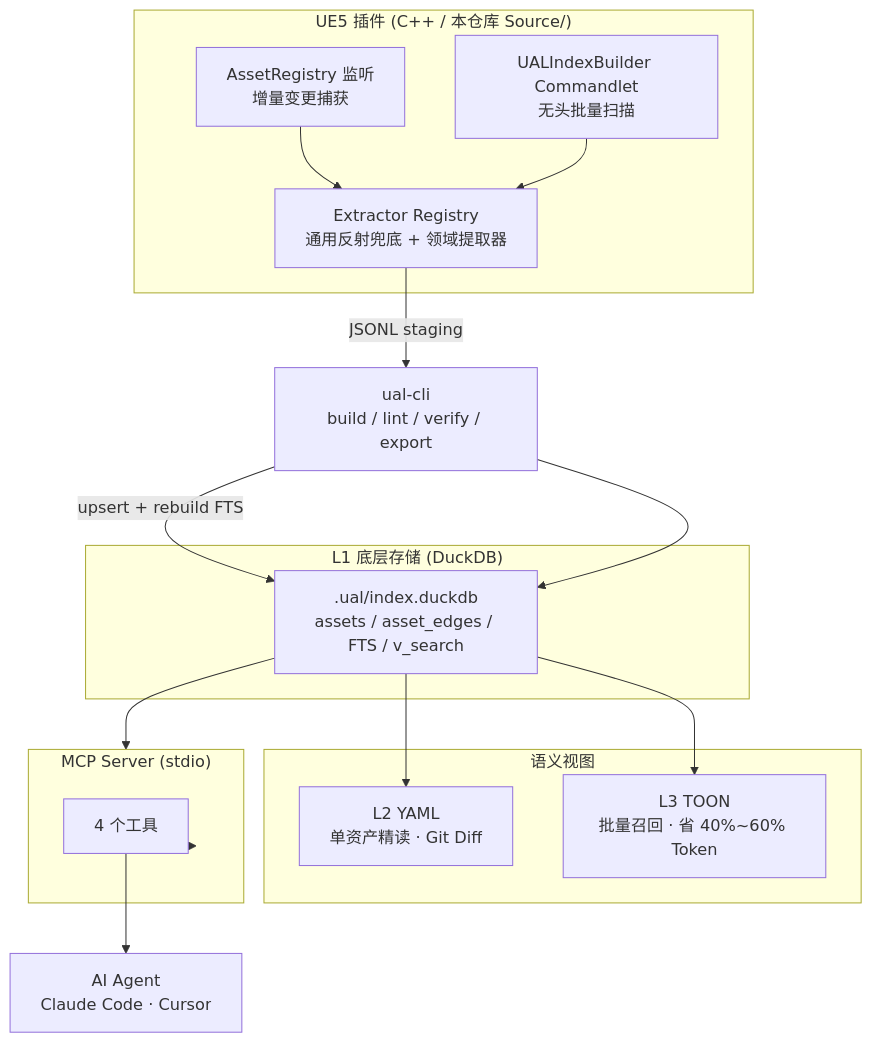
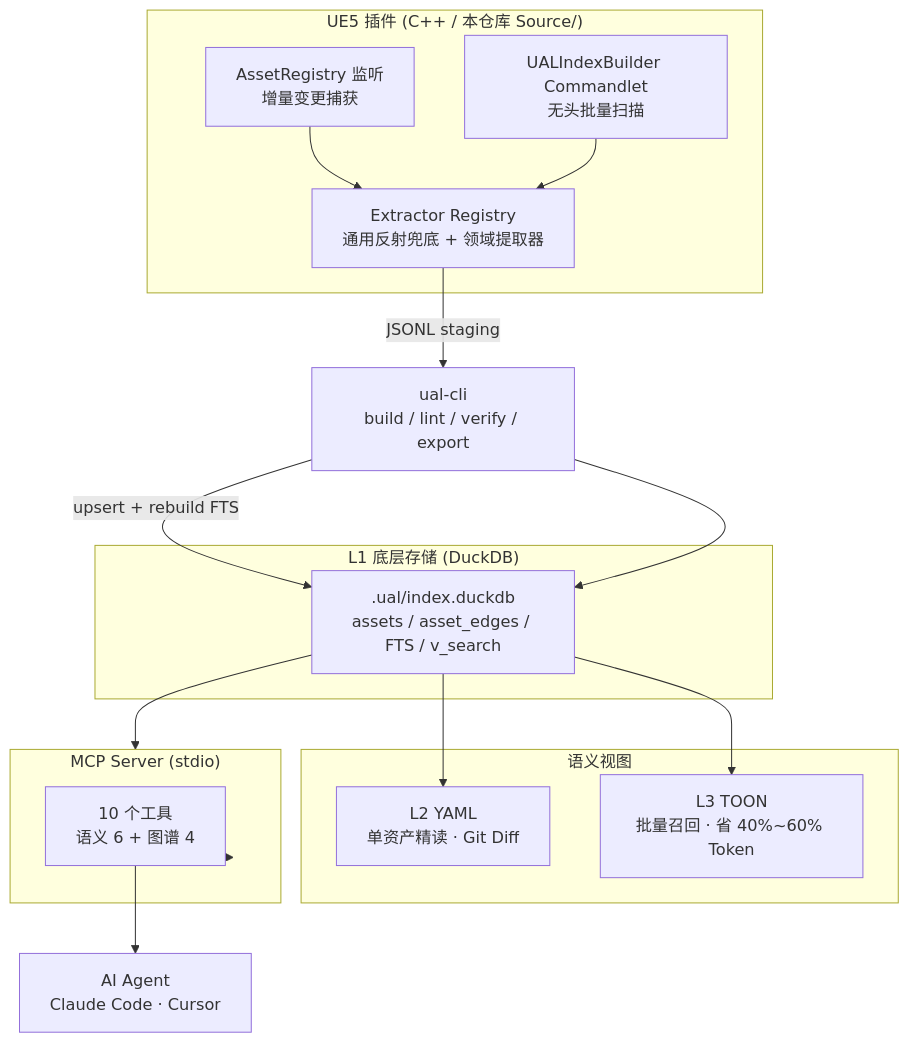
The diagram in docs/index.md (HUSTJJD/UEAssetLens), drawn with Mermaid before and after one commit. The commit also changed other lines of this file and 34 other files, not shown here.

````diff
--- a/docs/index.md
+++ b/docs/index.md
@@ -7,31 +7,31 @@
 ```mermaid
 flowchart TB
     subgraph UE["UE5 插件 (C++ / 本仓库 Source/)"]
         AR["AssetRegistry 监听<br/>增量变更捕获"]
         CMD["UALIndexBuilder Commandlet<br/>无头批量扫描"]
         REG["Extractor Registry<br/>通用反射兜底 + 领域提取器"]
     end
     subgraph STORE["L1 底层存储 (DuckDB)"]
         DDB[".ual/index.duckdb<br/>assets / asset_edges / FTS / v_search"]
     end
     subgraph VIEWS["语义视图"]
         YAML["L2 YAML<br/>单资产精读 · Git Diff"]
         TOON["L3 TOON<br/>批量召回 · 省 40%~60% Token"]
     end
     subgraph MCP["MCP Server (stdio)"]
-        TOOLS["4 个工具"]
+        TOOLS["10 个工具<br/>语义 6 + 图谱 4"]
     end
     AGENT["AI Agent<br/>Claude Code · Cursor"]
     CLI["ual-cli<br/>build / lint / verify / export"]
 
     AR --> REG
     CMD --> REG
     REG -->|"JSONL staging"| CLI
     CLI -->|"upsert + rebuild FTS"| DDB
     DDB --> YAML
     DDB --> TOON
     DDB --> MCP
     MCP --> TOOLS
     TOOLS --> AGENT
     CLI --> DDB
 ```
````
